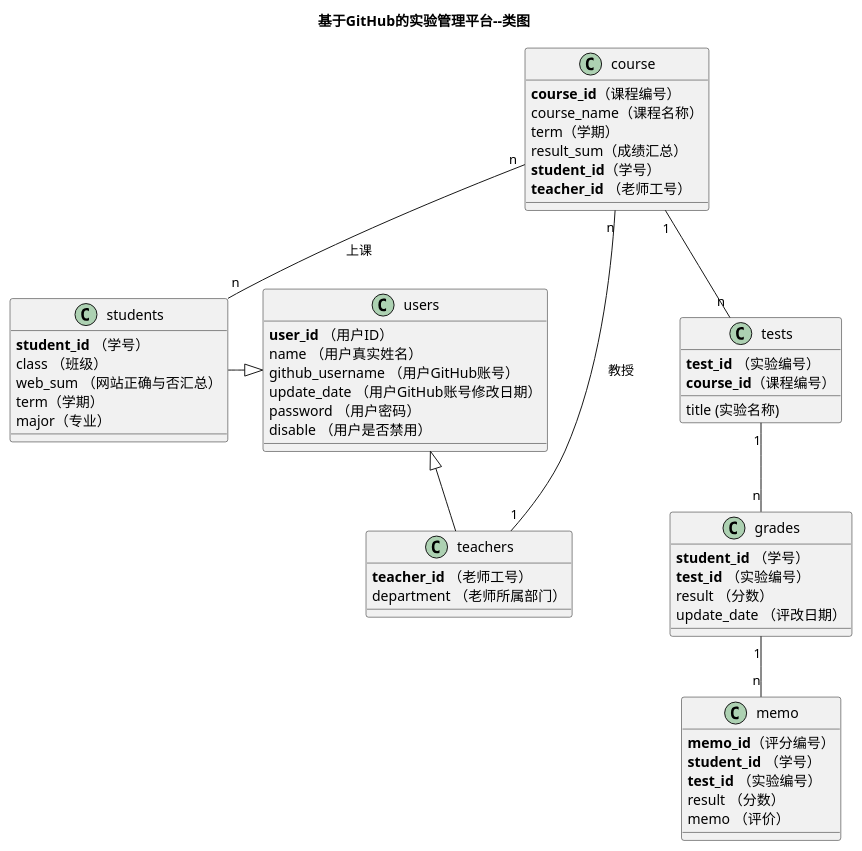
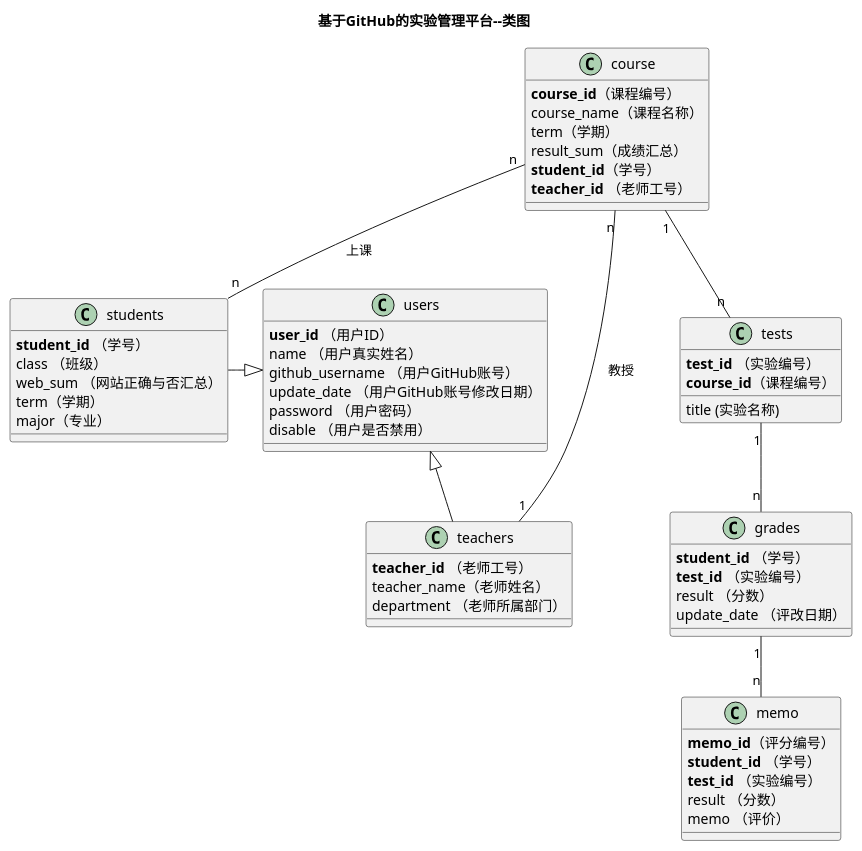
The diagram in test6/src/class.puml (mxbox2/is_analysis), drawn with PlantUML before and after one commit. The commit also changed 420 other files, not shown here.

```diff
--- a/test6/src/class.puml
+++ b/test6/src/class.puml
@@ -1,57 +1,58 @@
 @startuml
 title 基于GitHub的实验管理平台--类图
 class users {
     <b>user_id</b> （用户ID）
     name （用户真实姓名）
     github_username （用户GitHub账号）
     update_date （用户GitHub账号修改日期）
     password （用户密码）
     disable （用户是否禁用）
 }
 class teachers{
     <b>teacher_id</b> （老师工号）
+    teacher_name（老师姓名）
     department （老师所属部门）
 }
 class students{
     <b>student_id</b> （学号）
     class （班级）
     web_sum （网站正确与否汇总）
     term（学期）
     major（专业）
 }
 students-|>users
 users <|-- teachers
 class grades {
     <b>student_id</b> （学号）
     <b>test_id</b> （实验编号）
     result （分数）
     update_date （评改日期）
 }
 
 class tests {
     <b>test_id</b> （实验编号）
     <b>course_id</b>（课程编号）
     title (实验名称)
 }
 class course{
     <b>course_id</b>（课程编号）
     course_name（课程名称）
     term（学期）
     result_sum（成绩汇总）
     <b>student_id</b>（学号）
    <b>teacher_id</b> （老师工号）
 }
 class memo{
     <b>memo_id</b>（评分编号）
     <b>student_id</b> （学号）
     <b>test_id</b> （实验编号）
     result （分数）
     memo （评价）
 }
 grades"1"--"n"memo
 course "1" -- "n"  tests
 tests "1" -- "n"  grades
 course "n"--"n" students:上课
 course "n"--"1"teachers:教授
 
 @enduml
```
